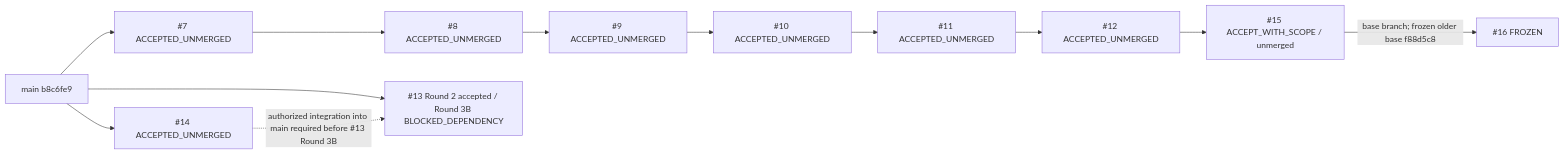
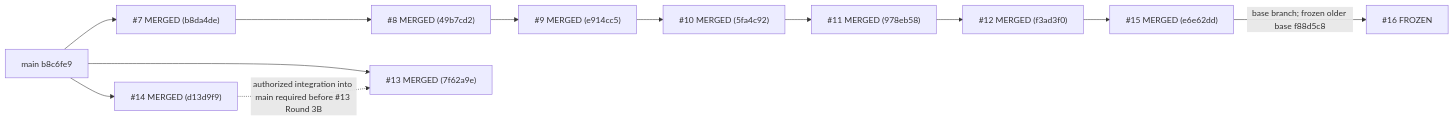
The diagram in docs/PROJECT_COMPLETION_INVENTORY.md (netfox-web/blender-autonomous-3d), drawn with Mermaid before and after one commit. The commit also changed other lines of this file and 4 other files, not shown here.

````diff
--- a/docs/PROJECT_COMPLETION_INVENTORY.md
+++ b/docs/PROJECT_COMPLETION_INVENTORY.md
@@ -22,14 +49,14 @@
 ```mermaid
 flowchart LR
-  M["main b8c6fe9"] --> P7["#7 ACCEPTED_UNMERGED"]
-  P7 --> P8["#8 ACCEPTED_UNMERGED"]
-  P8 --> P9["#9 ACCEPTED_UNMERGED"]
-  P9 --> P10["#10 ACCEPTED_UNMERGED"]
-  P10 --> P11["#11 ACCEPTED_UNMERGED"]
-  P11 --> P12["#12 ACCEPTED_UNMERGED"]
-  P12 --> P15["#15 ACCEPT_WITH_SCOPE / unmerged"]
+  M["main b8c6fe9"] --> P7["#7 MERGED (b8da4de)"]
+  P7 --> P8["#8 MERGED (49b7cd2)"]
+  P8 --> P9["#9 MERGED (e914cc5)"]
+  P9 --> P10["#10 MERGED (5fa4c92)"]
+  P10 --> P11["#11 MERGED (978eb58)"]
+  P11 --> P12["#12 MERGED (f3ad3f0)"]
+  P12 --> P15["#15 MERGED (e6e62dd)"]
   P15 -->|"base branch; frozen older base f88d5c8"| P16["#16 FROZEN"]
-  M --> P13["#13 Round 2 accepted / Round 3B BLOCKED_DEPENDENCY"]
-  M --> P14["#14 ACCEPTED_UNMERGED"]
+  M --> P13["#13 MERGED (7f62a9e)"]
+  M --> P14["#14 MERGED (d13d9f9)"]
   P14 -. "authorized integration into main required before #13 Round 3B" .-> P13
 ```
````
